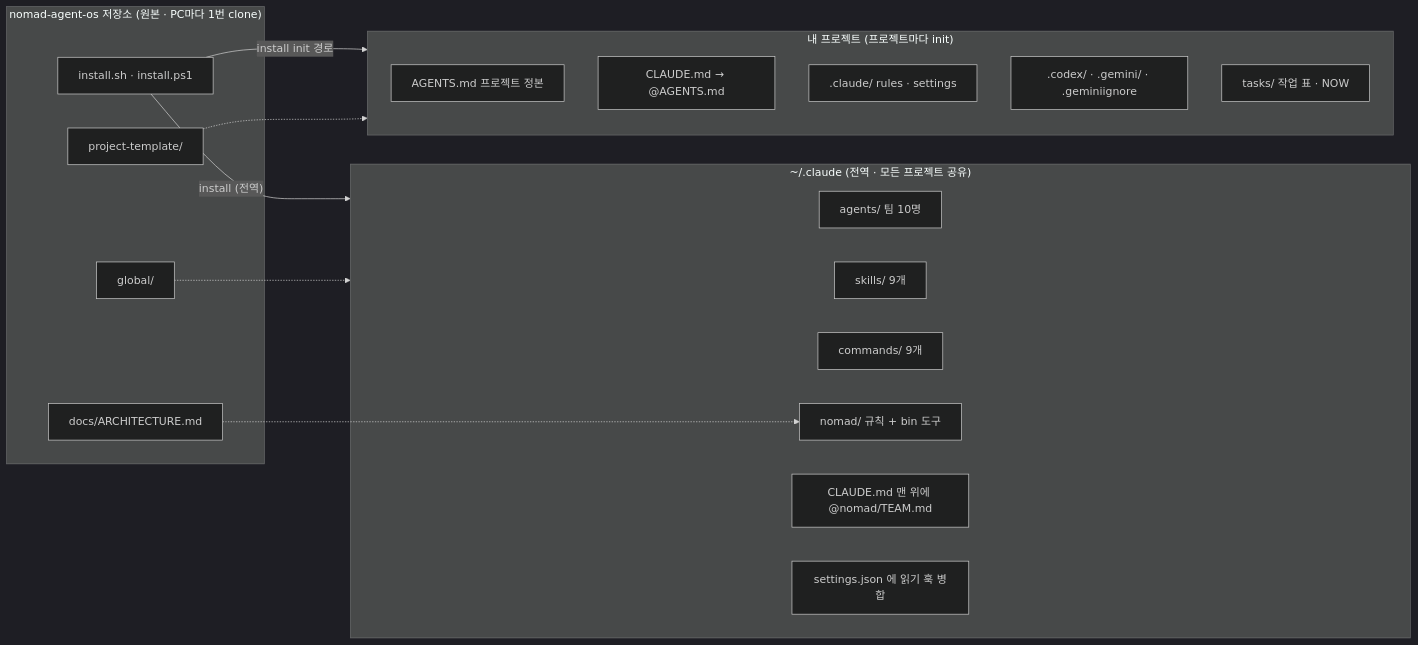
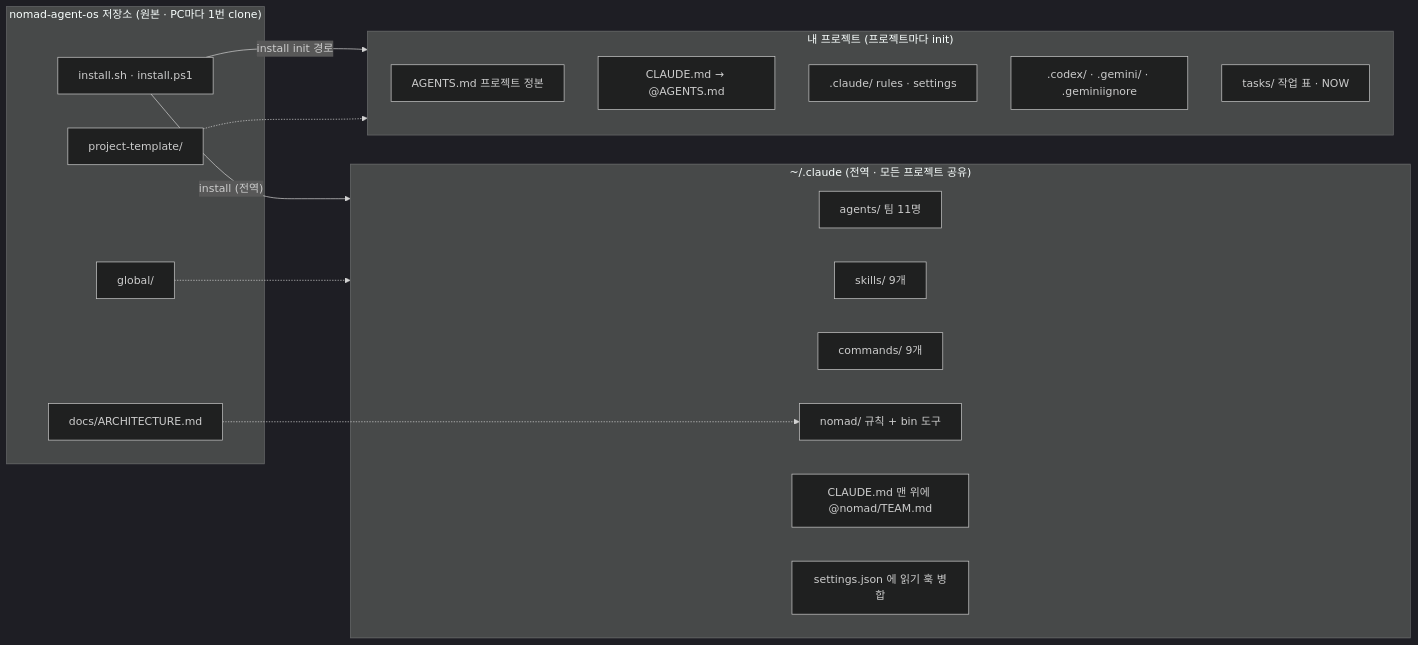
Before and after one commit to DevOps0906/nomad-agent-os: the second of 3 diagrams in docs/REFERENCE.md, drawn with Mermaid (dark theme). The commit also changed 7 other files, not shown here.

````diff
--- a/docs/REFERENCE.md
+++ b/docs/REFERENCE.md
@@ -105,29 +105,29 @@
 ```mermaid
 flowchart LR
   subgraph REPO["nomad-agent-os 저장소 (원본 · PC마다 1번 clone)"]
     INST["install.sh · install.ps1"]
     G["global/"]
     PT["project-template/"]
     DOC["docs/ARCHITECTURE.md"]
   end
   subgraph HOME["~/.claude (전역 · 모든 프로젝트 공유)"]
-    HA["agents/ 팀 10명"]
+    HA["agents/ 팀 11명"]
     HS["skills/ 9개"]
     HC["commands/ 9개"]
     HN["nomad/ 규칙 + bin 도구"]
     HM["CLAUDE.md 맨 위에 @nomad/TEAM.md"]
     HJ["settings.json 에 읽기 훅 병합"]
   end
   subgraph PROJ["내 프로젝트 (프로젝트마다 init)"]
     PA["AGENTS.md 프로젝트 정본"]
     PC["CLAUDE.md → @AGENTS.md"]
     PR[".claude/ rules · settings"]
     PX[".codex/ · .gemini/ · .geminiignore"]
     PK["tasks/ 작업 표 · NOW"]
   end
   INST -- "install (전역)" --> HOME
   G -.-> HOME
   DOC -.-> HN
   INST -- "install init 경로" --> PROJ
   PT -.-> PROJ
 ```
````
